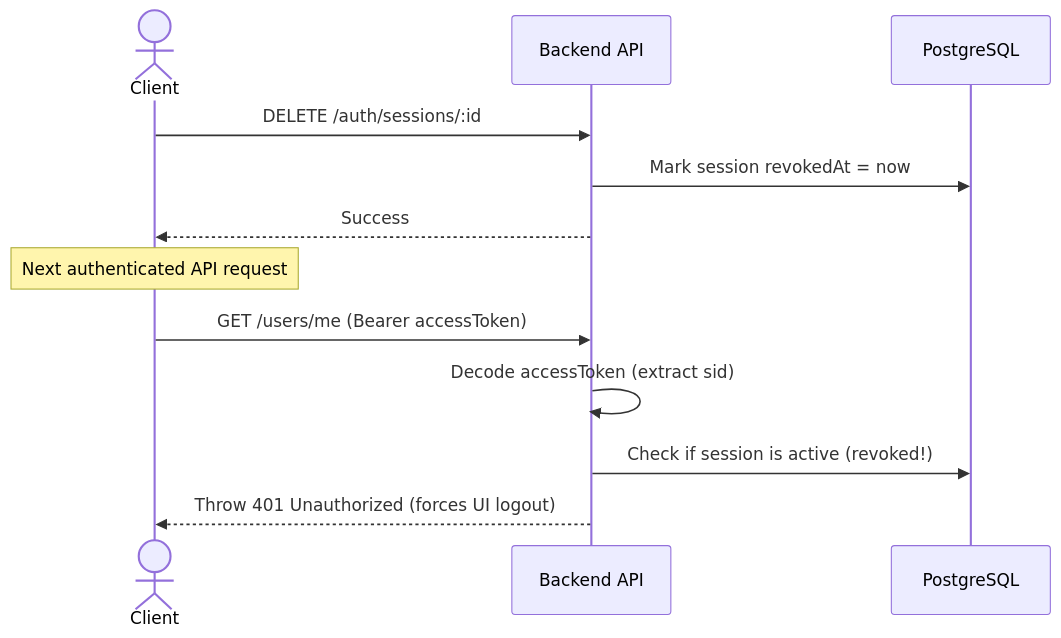
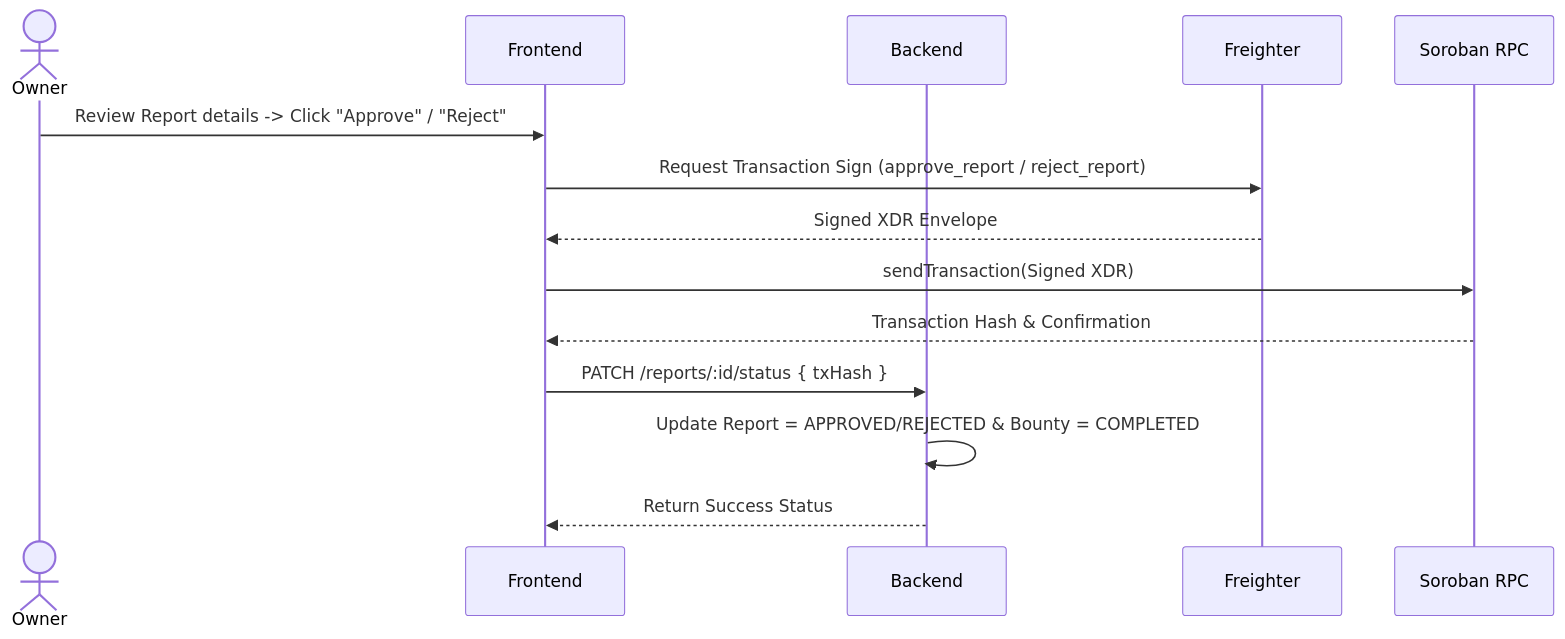
One commit to TheAnh1404/BugChain changed the sixth of 9 diagrams in README.md. Above: the diagram before and after it, drawn with Mermaid. The commit also changed other lines of this file, not shown here.

````diff
--- a/README.md
+++ b/README.md
@@ -609,16 +220,17 @@
 ```mermaid
 sequenceDiagram
-    actor Client
-    participant API as Backend API
-    participant DB as PostgreSQL
+    actor Owner
+    participant Frontend
+    participant Backend
+    participant Freighter
+    participant Soroban as Soroban RPC
 
-    Client->>API: DELETE /auth/sessions/:id
-    API->>DB: Mark session revokedAt = now
-    API-->>Client: Success
-    
-    note over Client: Next authenticated API request
-    Client->>API: GET /users/me (Bearer accessToken)
-    API->>API: Decode accessToken (extract sid)
-    API->>DB: Check if session is active (revoked!)
-    API-->>Client: Throw 401 Unauthorized (forces UI logout)
+    Owner->>Frontend: Review Report details -> Click "Approve" / "Reject"
+    Frontend->>Freighter: Request Transaction Sign (approve_report / reject_report)
+    Freighter-->>Frontend: Signed XDR Envelope
+    Frontend->>Soroban: sendTransaction(Signed XDR)
+    Soroban-->>Frontend: Transaction Hash & Confirmation
+    Frontend->>Backend: PATCH /reports/:id/status { txHash }
+    Backend->>Backend: Update Report = APPROVED/REJECTED & Bounty = COMPLETED
+    Backend-->>Frontend: Return Success Status
 ```
````
